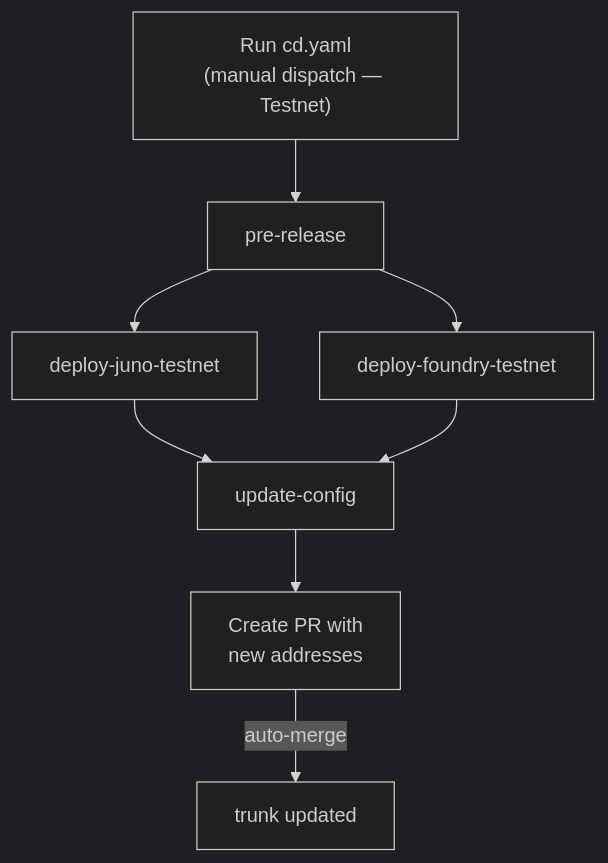
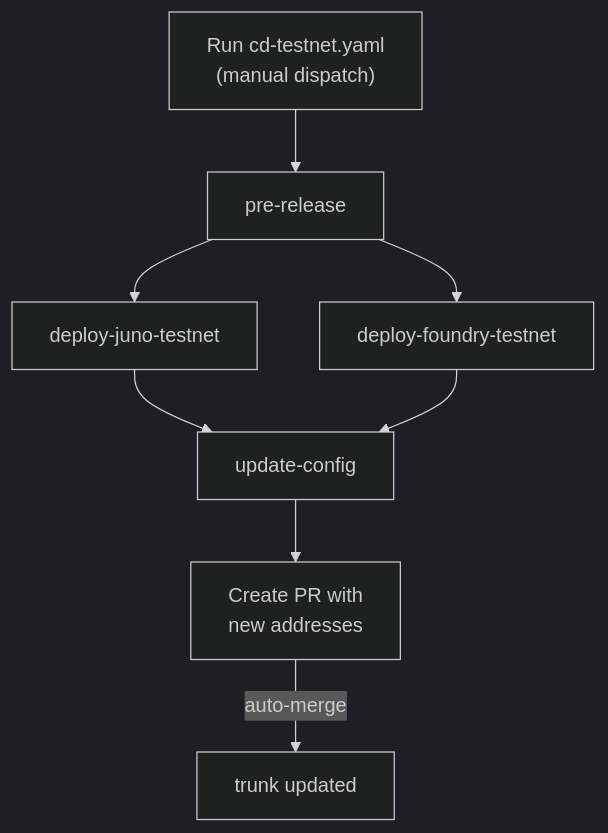
The first of 3 diagrams in docs/ci-cd.md (tresr-community/tresr-game), drawn with Mermaid (dark theme) before and after one commit. The commit also changed other lines of this file and 10 other files, not shown here.

````diff
--- a/docs/ci-cd.md
+++ b/docs/ci-cd.md
@@ -25,10 +25,10 @@
 ```mermaid
 graph TD
-    A["Run cd.yaml<br/>(manual dispatch — Testnet)"] --> B["pre-release"]
+    A["Run cd-testnet.yaml<br/>(manual dispatch)"] --> B["pre-release"]
     B --> C["deploy-juno-testnet"]
     B --> D["deploy-foundry-testnet"]
     C --> E["update-config"]
     D --> E
     E --> F["Create PR with</br>new addresses"]
     F -->|"auto-merge"| G["trunk updated"]
 ```
````
